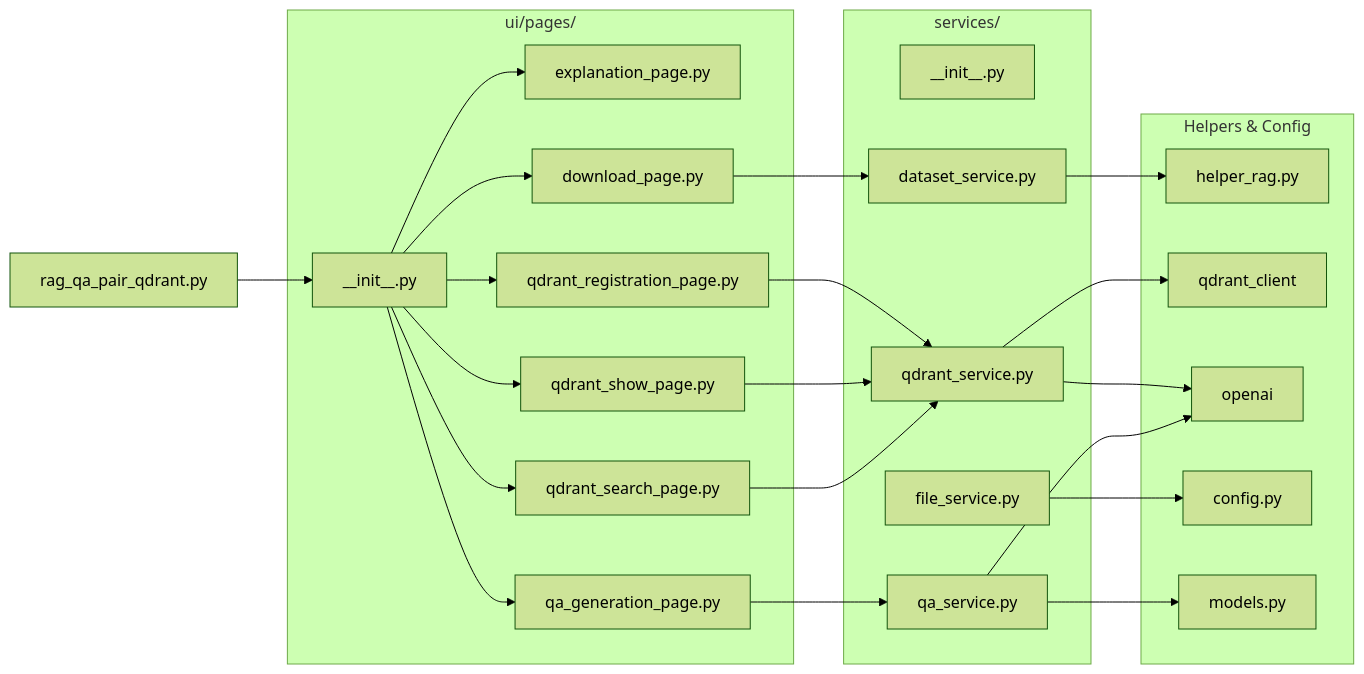
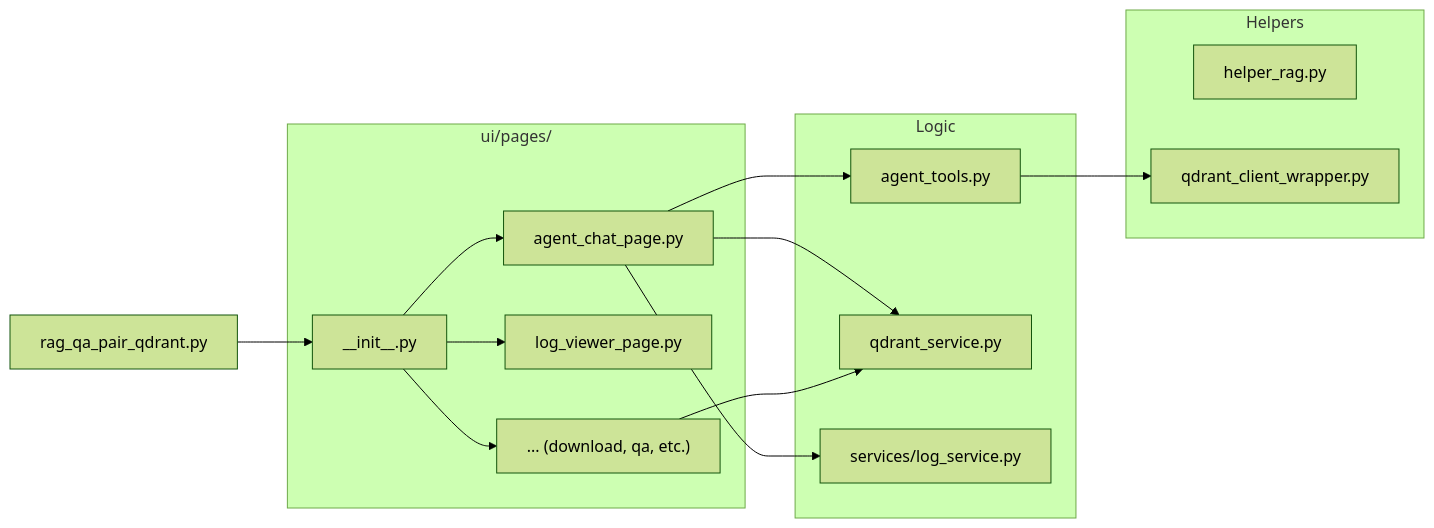
Before and after one commit to nakashima2toshio/gemini_agent_rag: the second of 4 diagrams in doc/08_rag_qa_pair_qdrant.md, drawn with Mermaid (forest theme). The commit also changed other lines of this file and 15 other files, not shown here.

````diff
--- a/doc/08_rag_qa_pair_qdrant.md
+++ b/doc/08_rag_qa_pair_qdrant.md
@@ -129,51 +127,34 @@
 ```mermaid
 graph LR
     Main["rag_qa_pair_qdrant.py"]
 
     subgraph UI_Pages ["ui/pages/"]
         InitUI["__init__.py"]
-        ExpPage["explanation_page.py"]
-        DLPage["download_page.py"]
-        QAPage["qa_generation_page.py"]
-        RegPage["qdrant_registration_page.py"]
-        ShowPage["qdrant_show_page.py"]
-        SearchPage["qdrant_search_page.py"]
+        AgentPage["agent_chat_page.py"]
+        LogPage["log_viewer_page.py"]
+        OtherPages["... (download, qa, etc.)"]
     end
 
-    subgraph Svc_Layer ["services/"]
-        InitSvc["__init__.py"]
-        DS["dataset_service.py"]
+    subgraph Logic_Layer ["Logic"]
+        Tools["agent_tools.py"]
         QS["qdrant_service.py"]
-        FS["file_service.py"]
-        QAS["qa_service.py"]
+        LogSvc["services/log_service.py"]
     end
 
-    subgraph Helper_Layer ["Helpers & Config"]
+    subgraph Helper_Layer ["Helpers"]
         HelperRag["helper_rag.py"]
-        QdrantClient["qdrant_client"]
-        OpenAI["openai"]
-        Config["config.py"]
-        Models["models.py"]
+        QdrantWrapper["qdrant_client_wrapper.py"]
     end
 
     Main --> InitUI
-    InitUI --> ExpPage
-    InitUI --> DLPage
-    InitUI --> QAPage
-    InitUI --> RegPage
-    InitUI --> ShowPage
-    InitUI --> SearchPage
+    InitUI --> AgentPage
+    InitUI --> LogPage
+    InitUI --> OtherPages
 
-    DLPage --> DS
-    QAPage --> QAS
-    RegPage --> QS
-    ShowPage --> QS
-    SearchPage --> QS
+    AgentPage --> Tools
+    AgentPage --> QS
+    AgentPage --> LogSvc
+    Tools --> QdrantWrapper
 
-    DS --> HelperRag
-    QS --> QdrantClient
-    QS --> OpenAI
-    FS --> Config
-    QAS --> Models
-    QAS --> OpenAI
+    OtherPages --> QS
 ```
````
